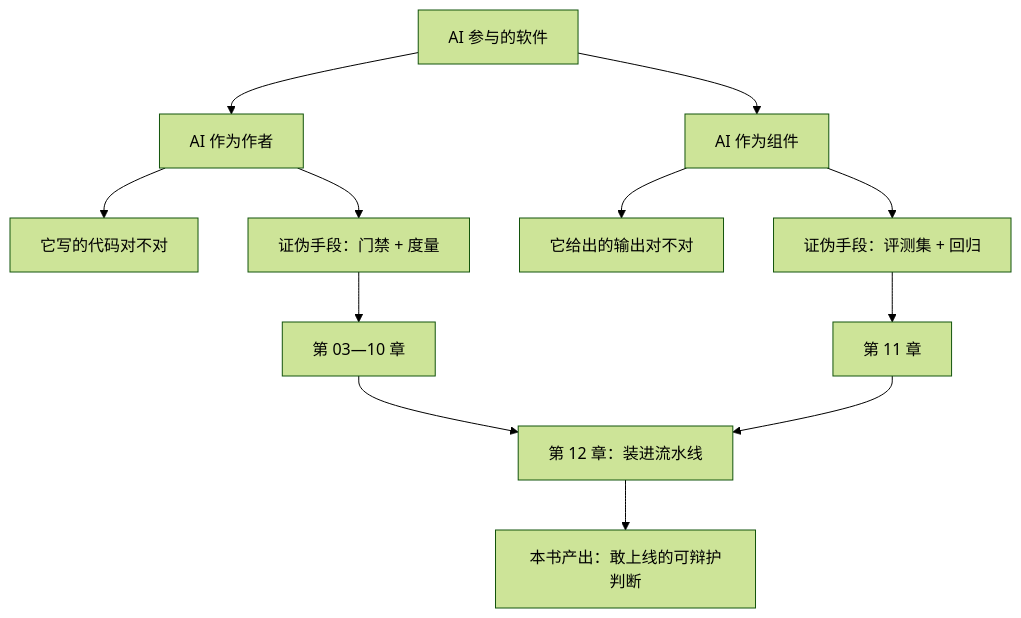
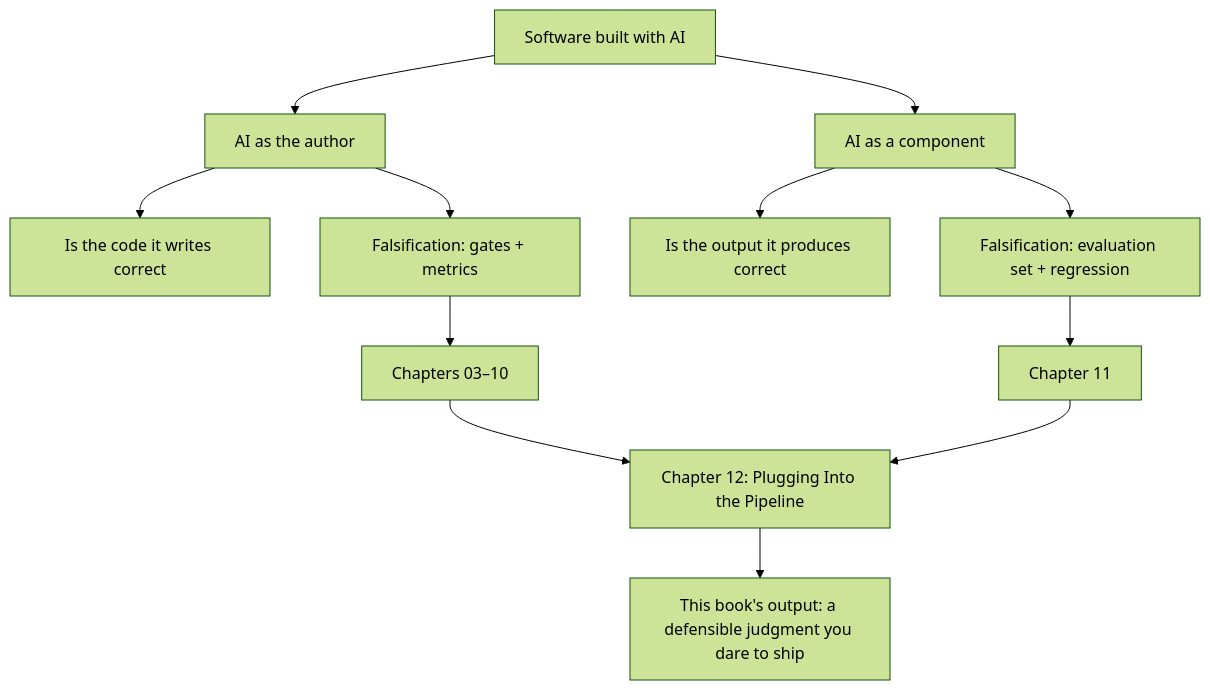
One commit to xzlxiao/vibe-coding-textbook changed the second of 2 diagrams in phase3/chapters/ch01-green-but-wrong.md. Above: the diagram before and after it, drawn with Mermaid (forest theme). The commit also changed other lines of this file and 12 other files, not shown here.

````diff
--- a/phase3/chapters/ch01-green-but-wrong.md
+++ b/phase3/chapters/ch01-green-but-wrong.md
@@ -245,14 +245,14 @@
 ```mermaid
 flowchart TD
-    A["AI 参与的软件"] --> B["AI 作为作者"]
-    A --> C["AI 作为组件"]
-    B --> B1["它写的代码对不对"]
-    B --> B2["证伪手段：门禁 + 度量"]
-    B2 --> B3["第 03—10 章"]
-    C --> C1["它给出的输出对不对"]
-    C --> C2["证伪手段：评测集 + 回归"]
-    C2 --> C3["第 11 章"]
-    B3 --> D["第 12 章：装进流水线"]
+    A["Software built with AI"] --> B["AI as the author"]
+    A --> C["AI as a component"]
+    B --> B1["Is the code it writes correct"]
+    B --> B2["Falsification: gates + metrics"]
+    B2 --> B3["Chapters 03–10"]
+    C --> C1["Is the output it produces correct"]
+    C --> C2["Falsification: evaluation set + regression"]
+    C2 --> C3["Chapter 11"]
+    B3 --> D["Chapter 12: Plugging Into the Pipeline"]
     C3 --> D
-    D --> E["本书产出：敢上线的可辩护判断"]
+    D --> E["This book's output: a defensible judgment you dare to ship"]
 ```
````
